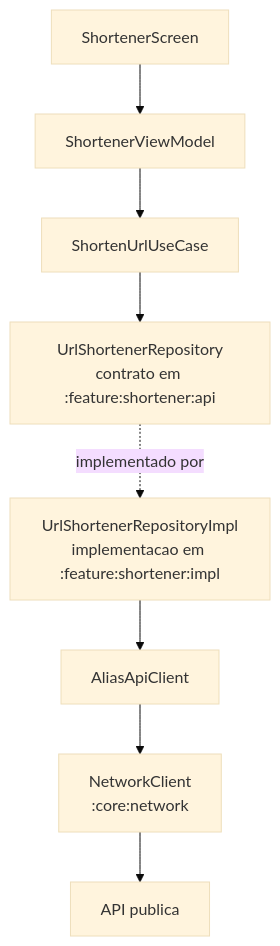
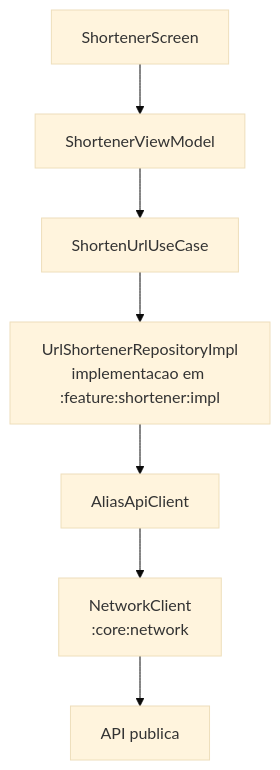
One commit to evd-evanss/Shortener changed the fourth of 6 diagrams in README.md. Above: the diagram before and after it, drawn with Mermaid (base theme). The commit also changed other lines of this file and 8 other files, not shown here.

Commit message:
Keep repository internal to shortener impl

````diff
--- a/README.md
+++ b/README.md
@@ -251,19 +250,17 @@
 ```mermaid
 flowchart TD
     Screen["ShortenerScreen"]
     VM["ShortenerViewModel"]
     UseCase["ShortenUrlUseCase"]
-    RepoContract["UrlShortenerRepository<br/>contrato em :feature:shortener:api"]
     RepoImpl["UrlShortenerRepositoryImpl<br/>implementacao em :feature:shortener:impl"]
     ApiClient["AliasApiClient"]
     NetworkClient["NetworkClient<br/>:core:network"]
     Api["API publica"]
 
     Screen --> VM
     VM --> UseCase
-    UseCase --> RepoContract
-    RepoContract -. "implementado por" .-> RepoImpl
+    UseCase --> RepoImpl
     RepoImpl --> ApiClient
     ApiClient --> NetworkClient
     NetworkClient --> Api
 ```
````
